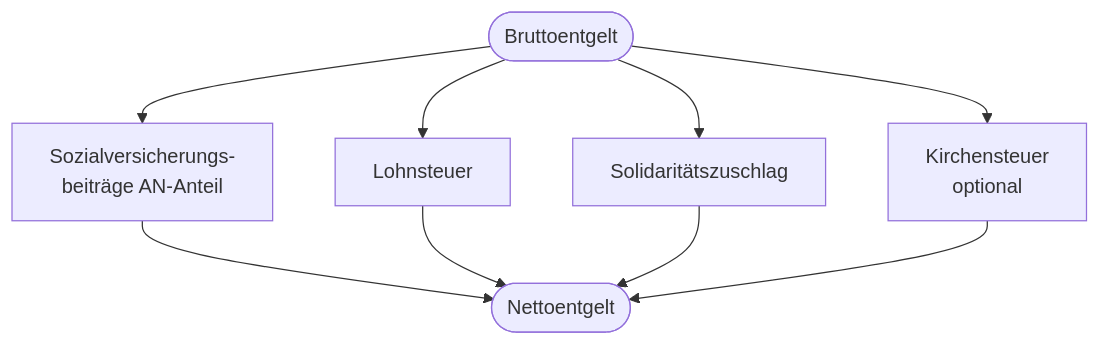
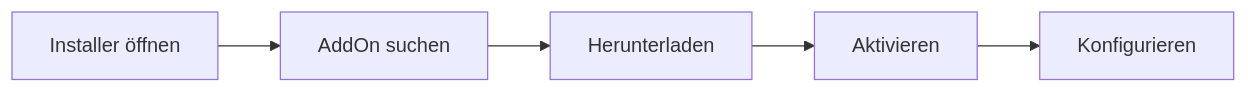
One commit to Qualidy/M5.4a-Program-CMS---Install-Konfig-FIAE- changed the first of 4 diagrams in docs/content/kapitel8.md. Above: the diagram before and after it, drawn with Mermaid. The commit also changed other lines of this file and 105 other files, not shown here.

````diff
--- a/docs/content/kapitel8.md
+++ b/docs/content/kapitel8.md
@@ -38,11 +46,7 @@
 ```mermaid
-flowchart TD
-    B([Bruttoentgelt]) --> S[Sozialversicherungs-\nbeiträge AN-Anteil]
-    B --> L[Lohnsteuer]
-    B --> SOL[Solidaritätszuschlag]
-    B --> KiSt[Kirchensteuer\noptional]
-    S --> N([Nettoentgelt])
-    L --> N
-    SOL --> N
-    KiSt --> N
+flowchart LR
+    I[Installer öffnen] --> S[AddOn suchen]
+    S --> D[Herunterladen]
+    D --> A[Aktivieren]
+    A --> K[Konfigurieren]
 ```
````
